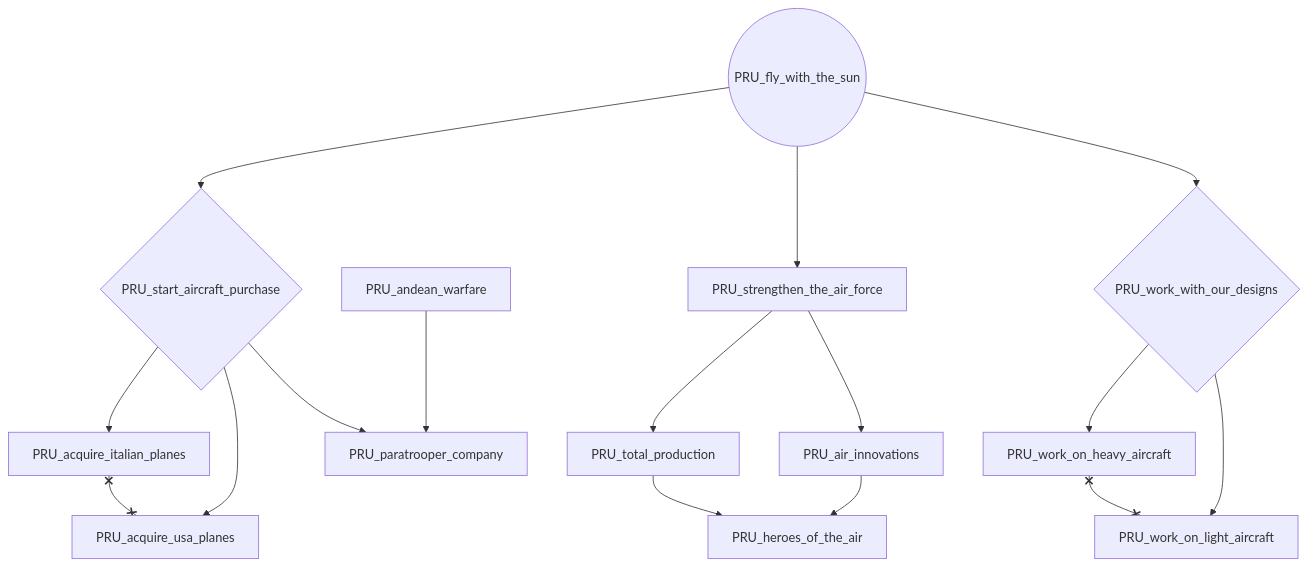
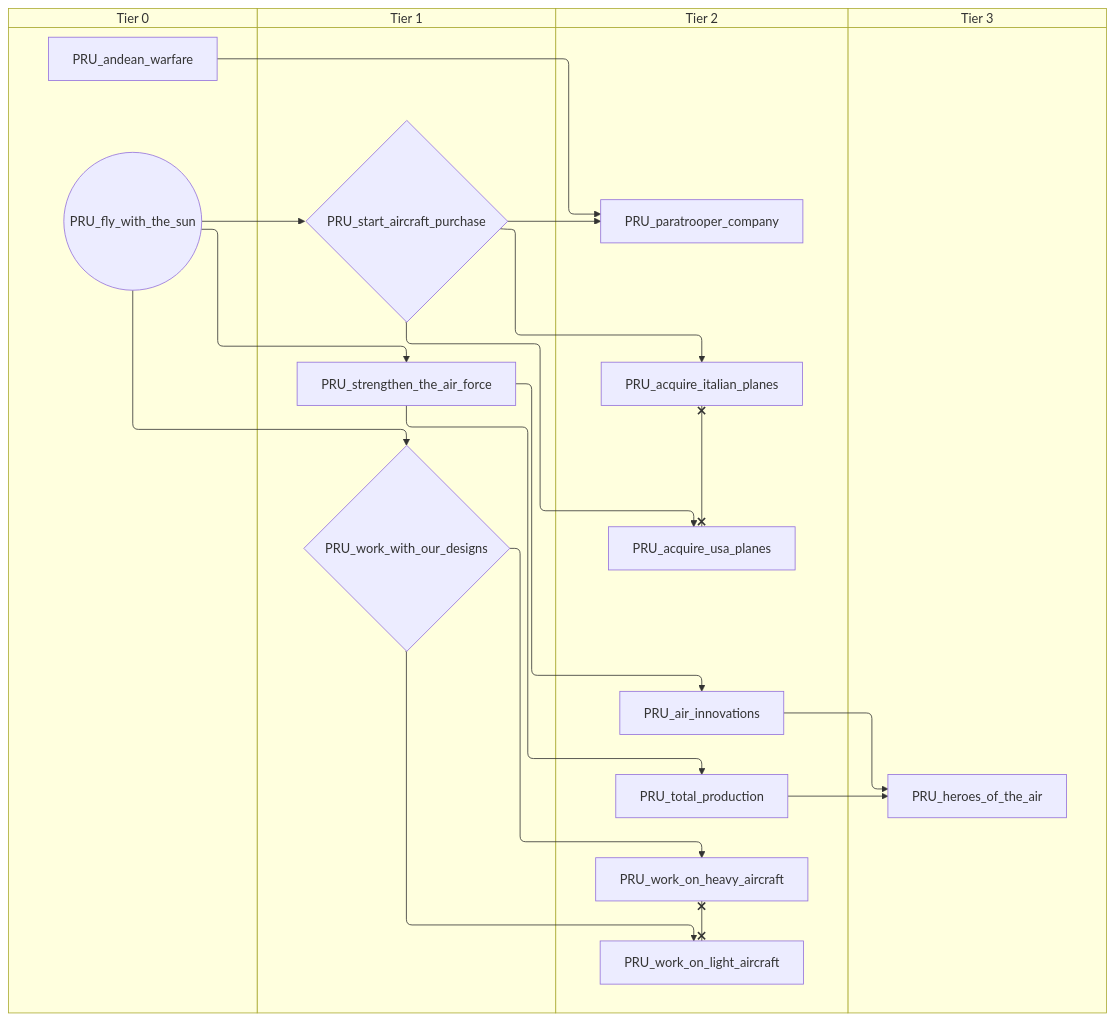
One commit to evgeny-sobol/hoi4-sandbox-mode-r56 changed the fourth of 8 diagrams in docs/gdd/National Focuses/r56/peru.md. Above: the diagram before and after it, drawn with Mermaid. The commit also changed other lines of this file and 423 other files, not shown here.

First line of the commit message:
Re-export Rt56 focus trees as swimlane diagrams

````diff
--- a/docs/gdd/National Focuses/r56/peru.md
+++ b/docs/gdd/National Focuses/r56/peru.md
@@ -138,31 +168,39 @@
 ```mermaid
-flowchart TD
-    n52["PRU_acquire_italian_planes"]
-    n53["PRU_acquire_usa_planes"]
-    n54["PRU_air_innovations"]
-    n13["PRU_andean_warfare"]
-    n55(("PRU_fly_with_the_sun"))
-    n56["PRU_heroes_of_the_air"]
-    n27["PRU_paratrooper_company"]
-    n29{"PRU_start_aircraft_purchase"}
-    n57["PRU_strengthen_the_air_force"]
-    n58["PRU_total_production"]
-    n59["PRU_work_on_heavy_aircraft"]
-    n60["PRU_work_on_light_aircraft"]
-    n61{"PRU_work_with_our_designs"}
-    n29 --> n52
-    n29 --> n53
-    n57 --> n54
-    n54 --> n56
-    n58 --> n56
-    n13 --> n27
-    n29 --> n27
-    n55 --> n29
-    n55 --> n57
-    n57 --> n58
-    n61 --> n59
-    n61 --> n60
-    n55 --> n61
-    n52 x--x n53
+swimlane-beta TD
+    subgraph tier_0["Tier 0"]
+        n15["PRU_andean_warfare"]
+        n52(("PRU_fly_with_the_sun"))
+    end
+    subgraph tier_1["Tier 1"]
+        n14{"PRU_start_aircraft_purchase"}
+        n53["PRU_strengthen_the_air_force"]
+        n54{"PRU_work_with_our_designs"}
+    end
+    subgraph tier_2["Tier 2"]
+        n55["PRU_acquire_italian_planes"]
+        n56["PRU_acquire_usa_planes"]
+        n57["PRU_air_innovations"]
+        n24["PRU_paratrooper_company"]
+        n58["PRU_total_production"]
+        n59["PRU_work_on_heavy_aircraft"]
+        n60["PRU_work_on_light_aircraft"]
+    end
+    subgraph tier_3["Tier 3"]
+        n61["PRU_heroes_of_the_air"]
+    end
+    n14 --> n55
+    n14 --> n56
+    n53 --> n57
+    n57 --> n61
+    n58 --> n61
+    n15 --> n24
+    n14 --> n24
+    n52 --> n14
+    n52 --> n53
+    n53 --> n58
+    n54 --> n59
+    n54 --> n60
+    n52 --> n54
+    n55 x--x n56
     n59 x--x n60
 ```
````
